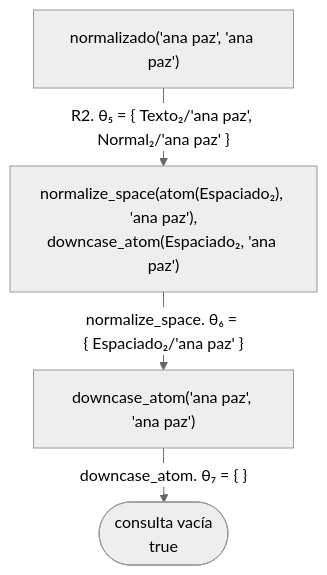
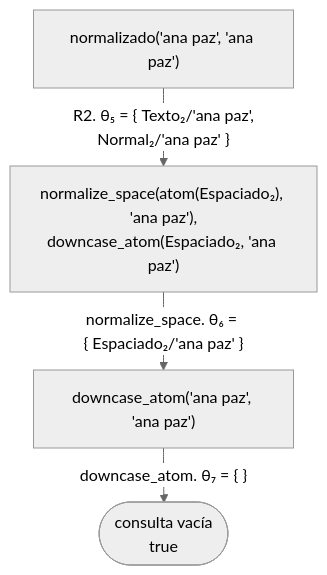
The fifth of 6 diagrams in docs/capitulo-11-texto/index.md (CesarBallardini/curso-de-prolog), drawn with Mermaid (neutral theme) before and after one commit. The commit also changed other lines of this file and 24 other files, not shown here.

First line of the commit message:
feat(docs): botones para ocultar las columnas laterales y etiquetas cortas en los diagramas

````diff
--- a/docs/capitulo-11-texto/index.md
+++ b/docs/capitulo-11-texto/index.md
@@ -766,8 +766,8 @@
 ```mermaid
 %%{init: {"flowchart": {"rankSpacing": 30, "nodeSpacing": 25}}}%%
 flowchart TD
     E["normalizado('ana paz', 'ana paz')"]
-    E -- "R2. θ₅ = {&nbsp;Texto₂/'ana paz', Normal₂/'ana paz'&nbsp;}" --> F["normalize_space(atom(Espaciado₂), 'ana paz'),<br/>downcase_atom(Espaciado₂, 'ana paz')"]
+    E -- "R2. θ₅ = {&nbsp;Texto₂/'ana paz',<br/>Normal₂/'ana paz'&nbsp;}" --> F["normalize_space(atom(Espaciado₂), 'ana paz'),<br/>downcase_atom(Espaciado₂, 'ana paz')"]
     F -- "normalize_space. θ₆ = {&nbsp;Espaciado₂/'ana paz'&nbsp;}" --> G["downcase_atom('ana paz', 'ana paz')"]
     G -- "downcase_atom. θ₇ = {&nbsp;}" --> S(["consulta vacía<br/>true"])
 ```
````
